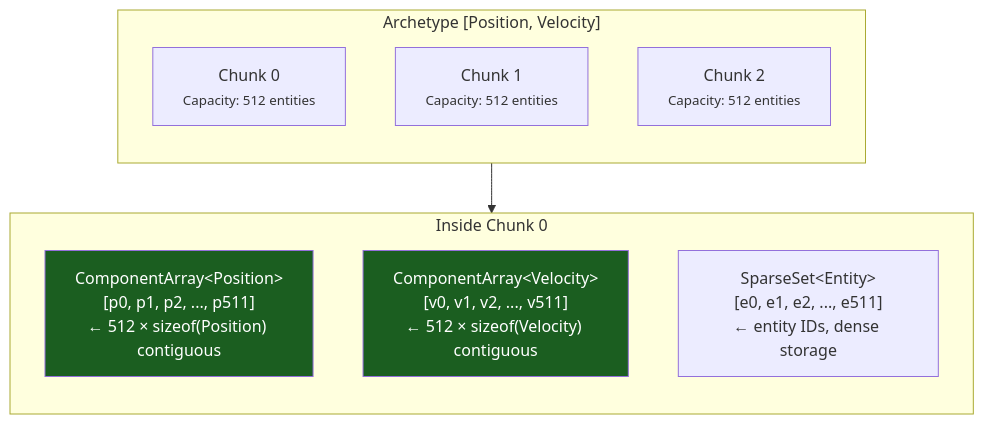
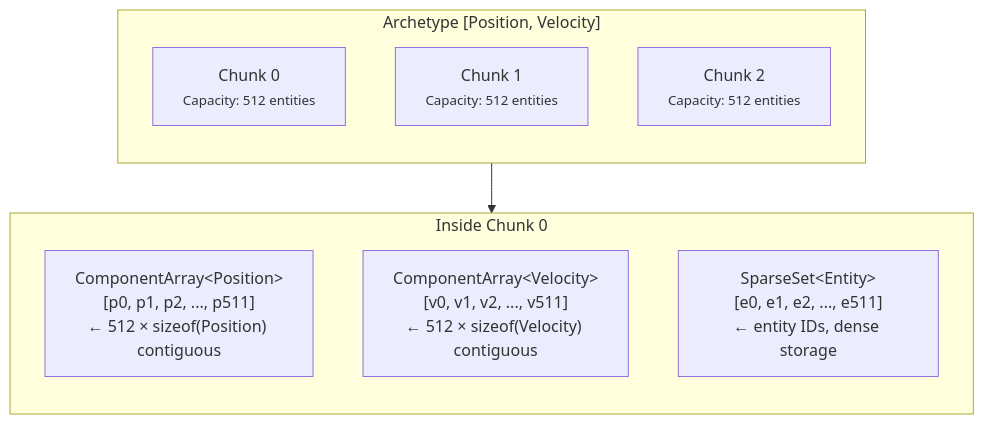
The first of 4 diagrams in docs/concepts/memory-layout.md (gilmar-sales/Freyr), drawn with Mermaid before and after one commit. The commit also changed other lines of this file and 8 other files, not shown here.

Commit message:
docs(diagrams): remove mermaid diagram styling directives

````diff
--- a/docs/concepts/memory-layout.md
+++ b/docs/concepts/memory-layout.md
@@ -31,21 +31,19 @@
 ```mermaid
 graph TB
     subgraph Archetype["Archetype [Position, Velocity]"]
         direction TB
         C0["Chunk 0<br/><small>Capacity: 512 entities</small>"]
         C1["Chunk 1<br/><small>Capacity: 512 entities</small>"]
         C2["Chunk 2<br/><small>Capacity: 512 entities</small>"]
     end
 
     subgraph ChunkDetail["Inside Chunk 0"]
         direction TB
         POS["ComponentArray&lt;Position&gt;<br/>[p0, p1, p2, ..., p511]<br/>← 512 × sizeof(Position) contiguous"]
         VEL["ComponentArray&lt;Velocity&gt;<br/>[v0, v1, v2, ..., v511]<br/>← 512 × sizeof(Velocity) contiguous"]
         ENT["SparseSet&lt;Entity&gt;<br/>[e0, e1, e2, ..., e511]<br/>← entity IDs, dense storage"]
     end
 
     C0 --> ChunkDetail
 
-    style POS fill:#1B5E20,color:#fff
-    style VEL fill:#1B5E20,color:#fff
 ```
````
